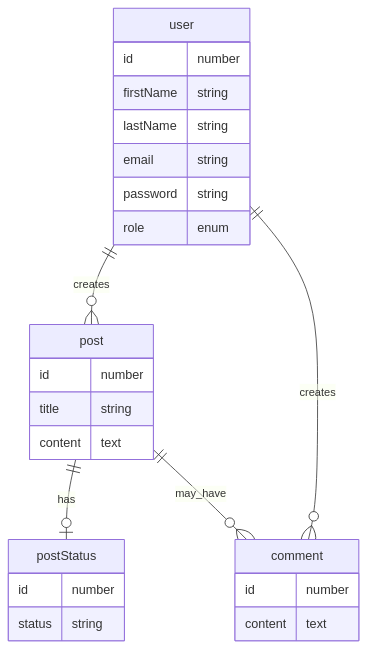
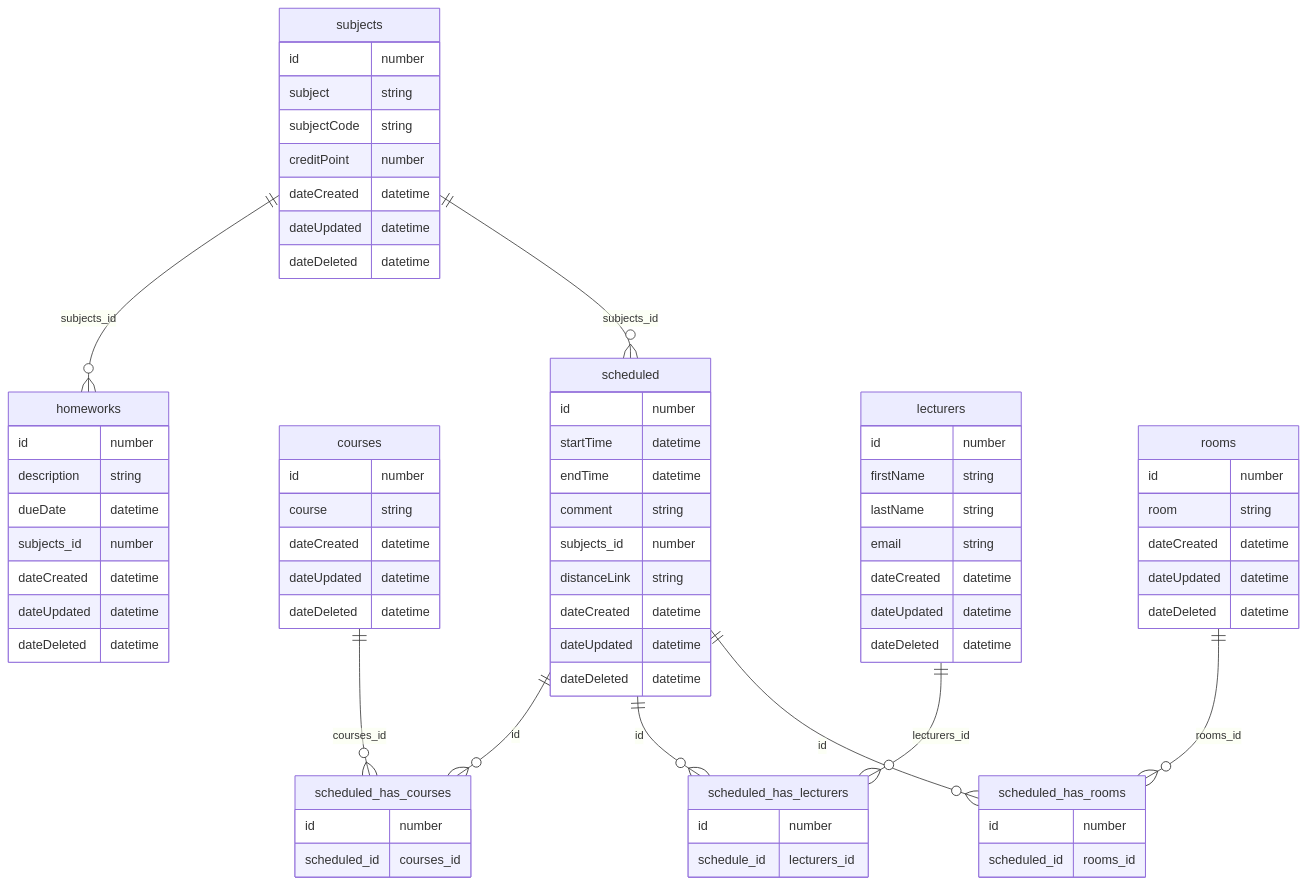
Before and after one commit to veelkord/Valikpraktika: the diagram in api-docs/readme.md, drawn with Mermaid. The commit also changed other lines of this file, not shown here.

````diff
--- a/api-docs/readme.md
+++ b/api-docs/readme.md
@@ -2,31 +2,95 @@
 ```mermaid
 erDiagram
-    user ||--o{post:creates
-    user ||--o{comment:creates
-    user {
+    scheduled ||--o{scheduled_has_courses:id
+    scheduled ||--o{scheduled_has_lecturers:id
+    scheduled ||--o{scheduled_has_rooms:id
+   scheduled
+   scheduled {
+        id number
+        startTime datetime
+        endTime datetime
+        comment string
+        subjects_id number
+        distanceLink string
+        dateCreated datetime
+        dateUpdated datetime
+        dateDeleted datetime
+    }
+    courses ||--o{scheduled_has_courses:courses_id
+    courses
+    courses {
+        id number
+        course string
+        dateCreated datetime
+        dateUpdated datetime
+        dateDeleted datetime
+
+    }
+    homeworks
+    homeworks
+    homeworks {
+        id number
+        description string
+        dueDate datetime
+        subjects_id number
+        dateCreated datetime
+        dateUpdated datetime
+        dateDeleted datetime
+        
+    }
+    lecturers ||--o{scheduled_has_lecturers:lecturers_id
+    lecturers
+    lecturers {
         id number
         firstName string
         lastName string
         email string
-        password string
-        role enum
-    }
-    post ||--o|postStatus:has
-    post ||--o{comment:may_have
-    post {
+        dateCreated datetime
+        dateUpdated datetime
+        dateDeleted datetime
+        }
+    rooms ||--o{scheduled_has_rooms:rooms_id
+    rooms{
         id number
-        title string
-        content text
+        room string
+        dateCreated datetime
+        dateUpdated datetime
+        dateDeleted datetime
+        }
+    subjects ||--o{homeworks:subjects_id
+    subjects ||--o{scheduled:subjects_id
+    subjects
+    subjects{
+        id number
+        subject string
+        subjectCode string
+        creditPoint number
+        dateCreated datetime
+        dateUpdated datetime
+        dateDeleted datetime
+        }  
+    scheduled_has_courses
+    scheduled_has_courses{
+        id number
+        scheduled_id
+        courses_id
+        }
+    scheduled_has_rooms
+    scheduled_has_rooms{
+        id number
+        scheduled_id
+        rooms_id
+        }
+    scheduled_has_lecturers
+    scheduled_has_lecturers{
+        id number
+        schedule_id
+        lecturers_id
+        }
+        
 
-    }
-    postStatus
-    postStatus {
-        id number
-        status string
-    }
-    comment
-    comment {
-        id number
-        content text
-    }
+
+
+
+
 ```
````
